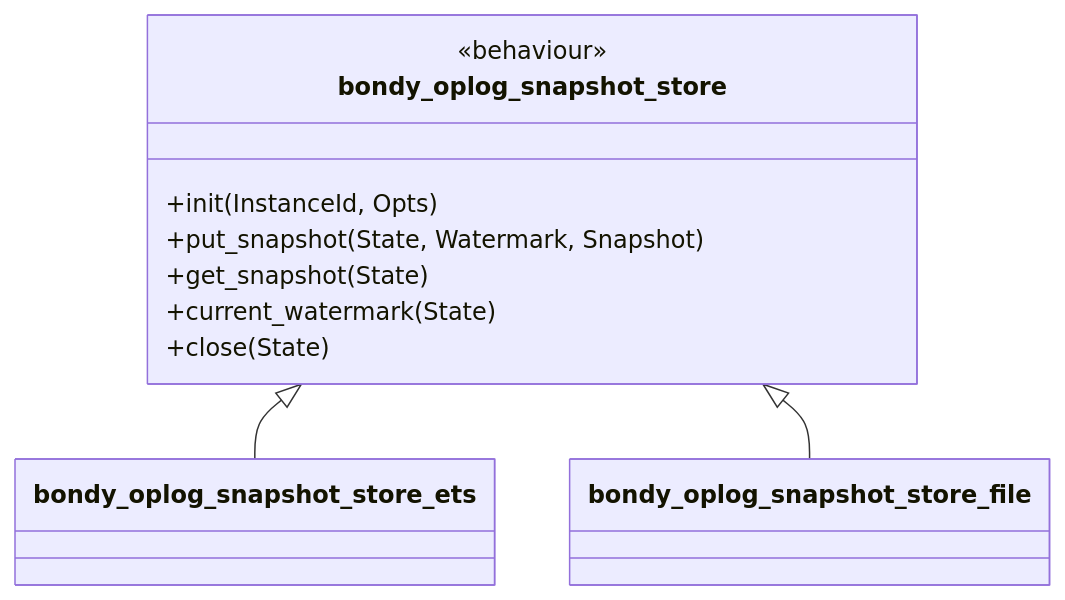
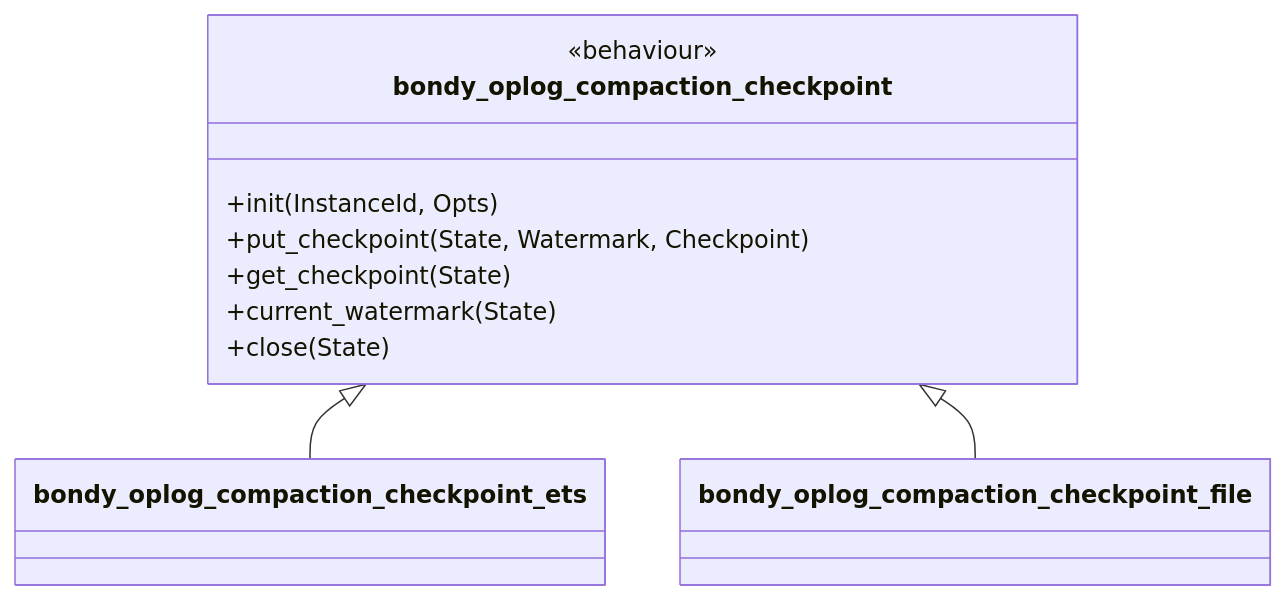
The sixth of 14 diagrams in doc_extras/architecture/06_compaction_and_bootstrap.md (bondy-io/bondy_mst), drawn with Mermaid before and after one commit. The commit also changed other lines of this file and 38 other files, not shown here.

Commit message:
add new CRDTs and document new architecture

````diff
--- a/doc_extras/architecture/06_compaction_and_bootstrap.md
+++ b/doc_extras/architecture/06_compaction_and_bootstrap.md
@@ -207,13 +229,13 @@
 ```mermaid
 classDiagram
-    class bondy_oplog_snapshot_store {
+    class bondy_oplog_compaction_checkpoint {
       <<behaviour>>
       +init(InstanceId, Opts)
-      +put_snapshot(State, Watermark, Snapshot)
-      +get_snapshot(State)
+      +put_checkpoint(State, Watermark, Checkpoint)
+      +get_checkpoint(State)
       +current_watermark(State)
       +close(State)
     }
-    bondy_oplog_snapshot_store <|-- bondy_oplog_snapshot_store_ets
-    bondy_oplog_snapshot_store <|-- bondy_oplog_snapshot_store_file
+    bondy_oplog_compaction_checkpoint <|-- bondy_oplog_compaction_checkpoint_ets
+    bondy_oplog_compaction_checkpoint <|-- bondy_oplog_compaction_checkpoint_file
 ```
````
